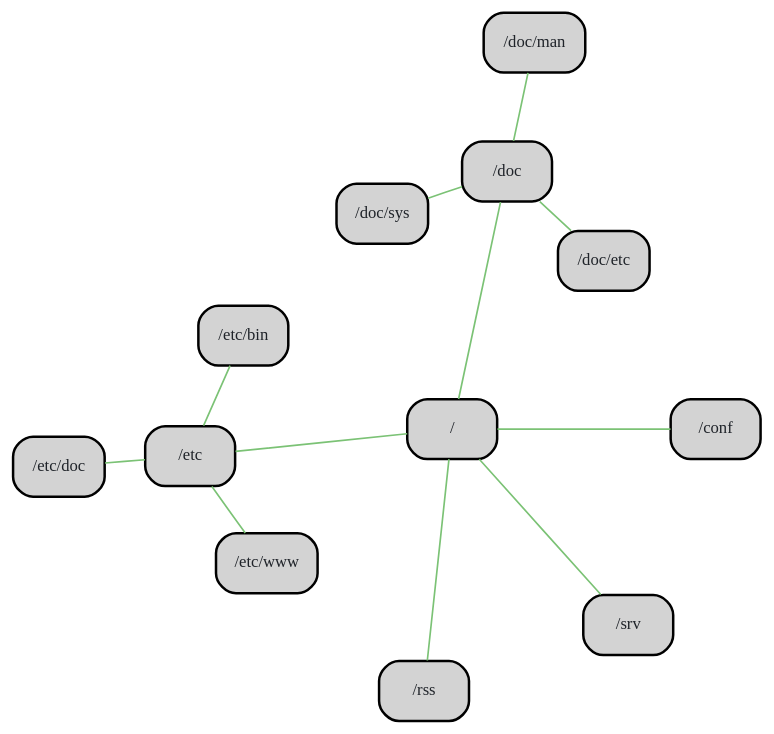
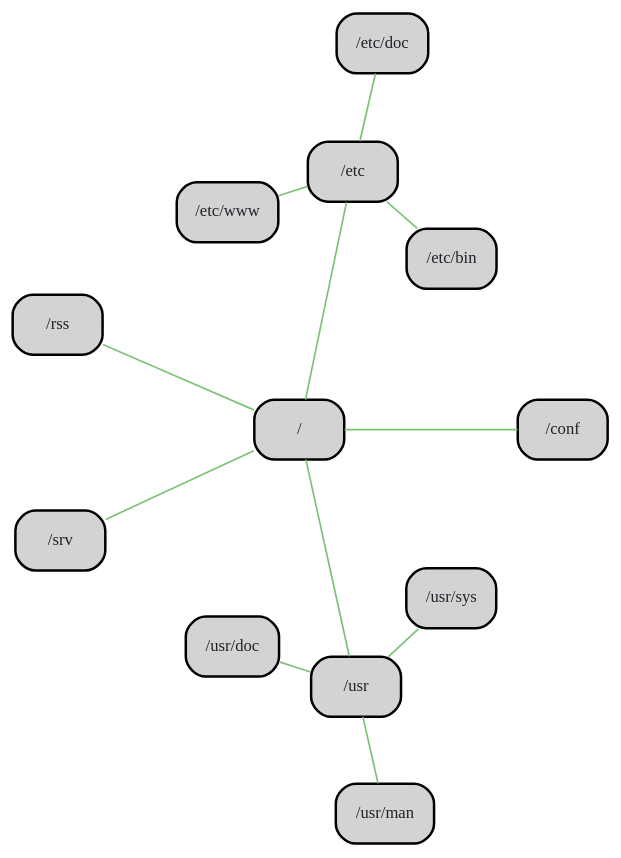
Before and after one commit to Mango0x45/thomasvoss.com: the diagram in site/hierarchy.dot, drawn with Graphviz.

Commit message:
/usr: Rename the /doc directory to /usr
Since /doc was going to hold documentation related to me specifically,
it makes more sense to use the name /usr as it's less confusing when
compared to other directories. For example, `/usr/doc' and `/etc/doc'
makes a lot more sense than `/doc/etc' and `/etc/doc'.

```diff
--- a/site/hierarchy.dot
+++ b/site/hierarchy.dot
@@ -1,15 +1,15 @@
 graph {
 	bgcolor = transparent
 	center  = 1
 	layout  = circo
 	mindist = 0.3
 	root    = "/"
 
 	edge [color="#7BC275"]
 	node [shape=rect style="filled,rounded" fontname="Fira Mono" fontsize=10 fontcolor="#1F2329"
 	      bgcolor="#BBC2CF" penwidth=1.5 pencolor="#1F2329"]
 
-	"/"    -- {"/conf" "/doc" "/etc" "/rss" "/srv"}
-	"/doc" -- {"/doc/etc" "/doc/man" "/doc/sys"}
+	"/"    -- {"/conf" "/etc" "/rss" "/srv" "/usr"}
+	"/usr" -- {"/usr/doc" "/usr/man" "/usr/sys"}
 	"/etc" -- {"/etc/bin" "/etc/doc" "/etc/www"}
 }
```
